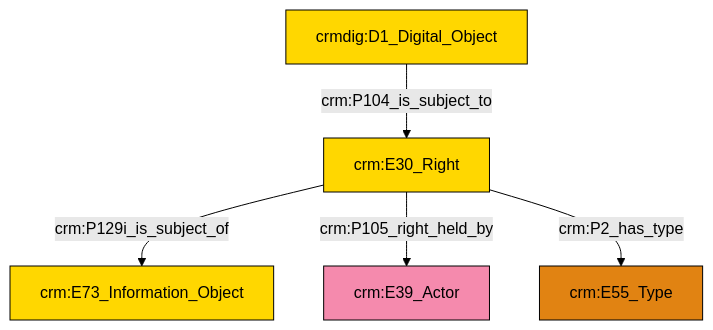
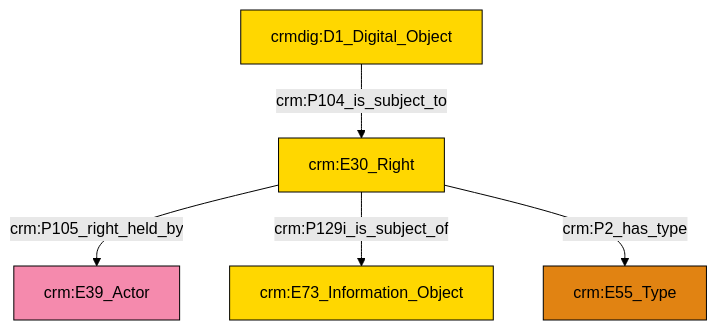
One commit to swiss-art-research-net/docs.swissartresearch changed the diagram in et/doCSV/ttl/mmd/do_rights.ttl.mmd. Above: the diagram before and after it, drawn with Mermaid (forest theme). The commit also changed 178 other files, not shown here.

```diff
--- a/et/doCSV/ttl/mmd/do_rights.ttl.mmd
+++ b/et/doCSV/ttl/mmd/do_rights.ttl.mmd
@@ -1,19 +1,19 @@
 graph TD
 classDef Literal fill:#f2f2f2,stroke:#000000;
 classDef CRM_Entity fill:#FFFFFF,stroke:#000000;
 classDef Temporal_Entity fill:#00C9E6, stroke:#000000;
 classDef Type fill:#E18312, stroke:#000000;
 classDef Time-Span fill:#2C9C91, stroke:#000000;
 classDef Appellation fill:#FFEB7F, stroke:#000000;
 classDef Place fill:#008836, stroke:#000000;
 classDef Persistent_Item fill:#B266B2, stroke:#000000;
 classDef Conceptual_Object fill:#FFD700, stroke:#000000;
 classDef Physical_Thing fill:#D2B48C, stroke:#000000;
 classDef Actor fill:#f58aad, stroke:#000000;
 classDef PC_Classes fill:#4ce600, stroke:#000000;
 classDef Multi fill:#cccccc,stroke:#000000;
 
-2["crm:E30_Right"]:::Conceptual_Object -->|crm:P129i_is_subject_of| 0["crm:E73_Information_Object"]:::Conceptual_Object
+2["crm:E30_Right"]:::Conceptual_Object -->|crm:P105_right_held_by| 0["crm:E39_Actor"]:::Actor
+2["crm:E30_Right"]:::Conceptual_Object -->|crm:P129i_is_subject_of| 4["crm:E73_Information_Object"]:::Conceptual_Object
 5["crmdig:D1_Digital_Object"]:::Conceptual_Object -->|crm:P104_is_subject_to| 2["crm:E30_Right"]:::Conceptual_Object
-2["crm:E30_Right"]:::Conceptual_Object -->|crm:P105_right_held_by| 3["crm:E39_Actor"]:::Actor
 2["crm:E30_Right"]:::Conceptual_Object -->|crm:P2_has_type| 7["crm:E55_Type"]:::Type
```
